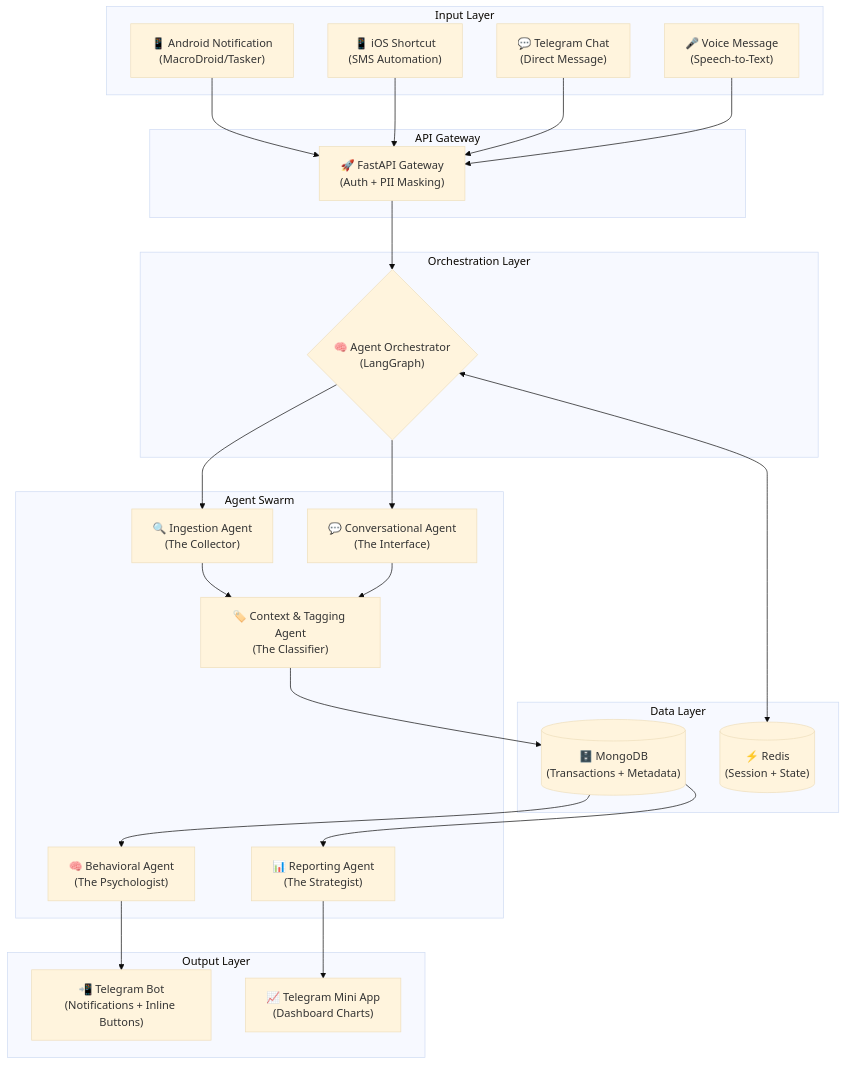
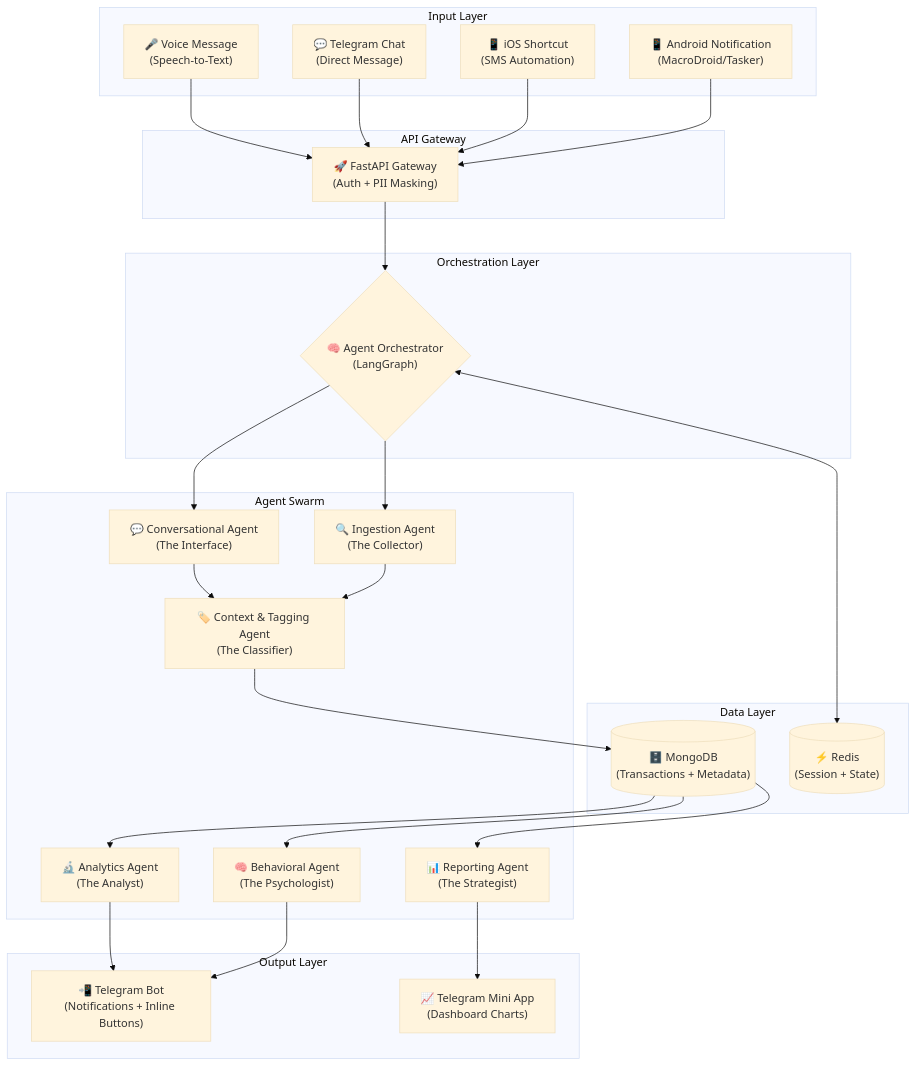
Before and after one commit to nqhuy44/chiwi: the first of 2 diagrams in docs/ARCHITECTURE.md, drawn with Mermaid (base theme). The commit also changed other lines of this file and 50 other files, not shown here.

````diff
--- a/docs/ARCHITECTURE.md
+++ b/docs/ARCHITECTURE.md
@@ -21,47 +21,50 @@
 ```mermaid
 graph TD
     subgraph Input Layer
         A1["📱 Android Notification<br/>(MacroDroid/Tasker)"]
         A2["📱 iOS Shortcut<br/>(SMS Automation)"]
         A3["💬 Telegram Chat<br/>(Direct Message)"]
         A4["🎤 Voice Message<br/>(Speech-to-Text)"]
     end
 
     subgraph API Gateway
         B["🚀 FastAPI Gateway<br/>(Auth + PII Masking)"]
     end
 
     subgraph Orchestration Layer
         C{"🧠 Agent Orchestrator<br/>(LangGraph)"}
     end
 
     subgraph Agent Swarm
         D["🔍 Ingestion Agent<br/>(The Collector)"]
         E["💬 Conversational Agent<br/>(The Interface)"]
         F["🏷️ Context & Tagging Agent<br/>(The Classifier)"]
         G["🧠 Behavioral Agent<br/>(The Psychologist)"]
         H["📊 Reporting Agent<br/>(The Strategist)"]
+        I2["🔬 Analytics Agent<br/>(The Analyst)"]
     end
 
     subgraph Data Layer
         I[("🗄️ MongoDB<br/>(Transactions + Metadata)")]
         J[("⚡ Redis<br/>(Session + State)")]
     end
 
     subgraph Output Layer
         K["📲 Telegram Bot<br/>(Notifications + Inline Buttons)"]
         L["📈 Telegram Mini App<br/>(Dashboard Charts)"]
     end
 
     A1 & A2 --> B
     A3 & A4 --> B
     B --> C
     C --> D & E
     D & E --> F
     F --> I
     I --> G
     G --> K
     I --> H
+    I --> I2
     H --> L
+    I2 --> K
     C <--> J
 ```
````
